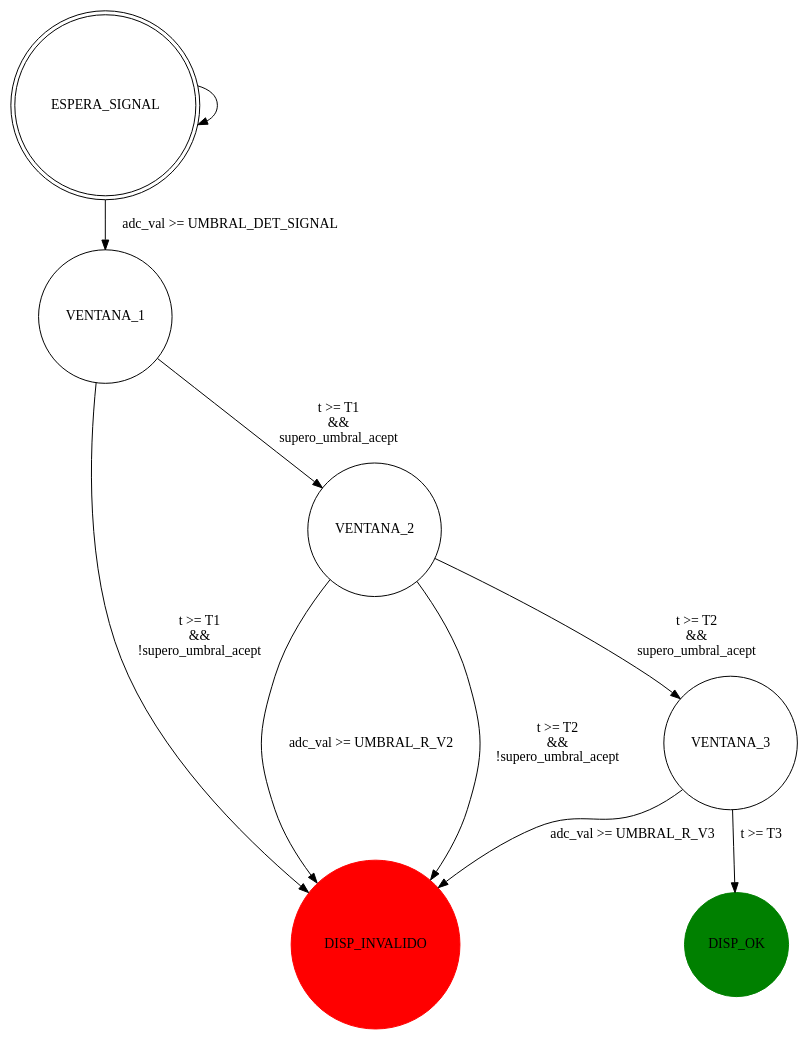
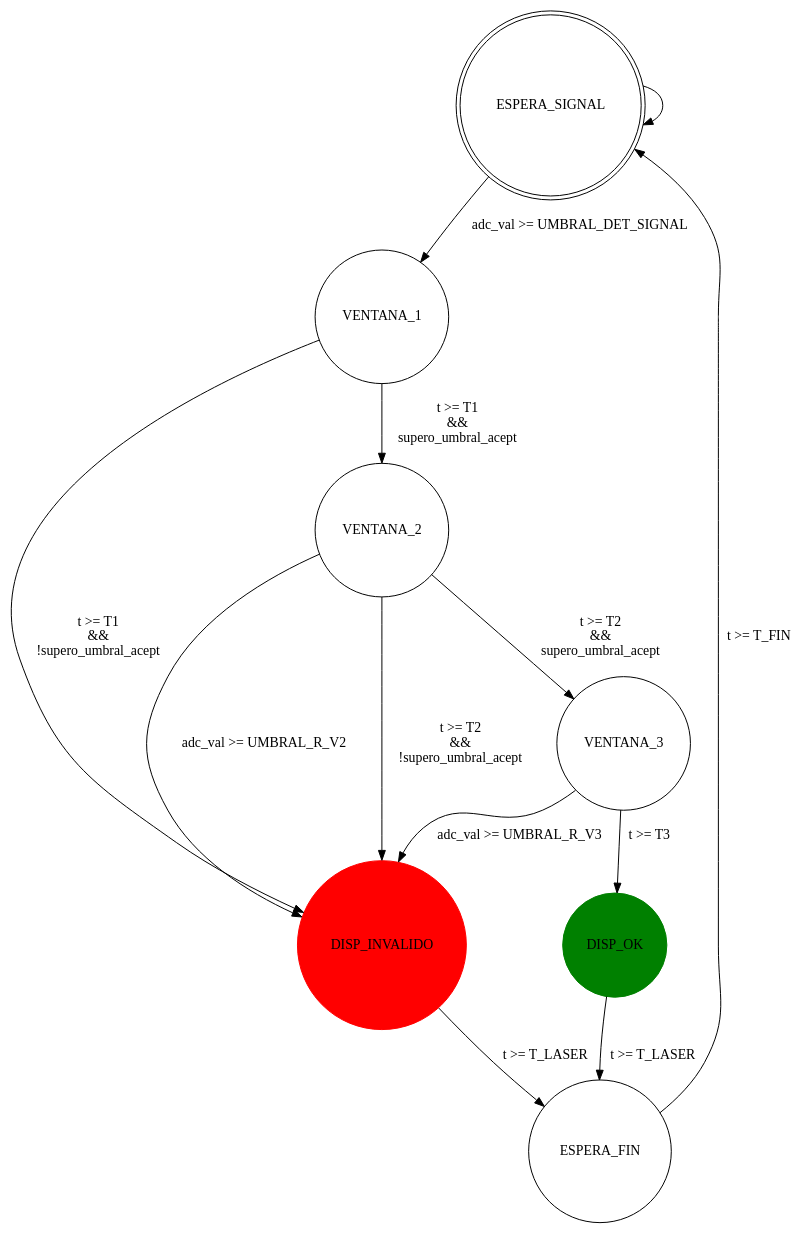
Before and after one commit to harboleas/deteccion_disparo: the diagram in fsm.dot, drawn with Graphviz. The commit also changed 2 other files, not shown here.

Commit message:
add estado ESPERA_FIN

```diff
--- a/fsm.dot
+++ b/fsm.dot
@@ -1,17 +1,20 @@
 digraph FSM
 {
     ESPERA_SIGNAL [shape = doublecircle];
     node [ shape = circle ];
     DISP_OK [ color = green style=filled ];
     DISP_INVALIDO [ color = red style=filled ];
     ESPERA_SIGNAL -> ESPERA_SIGNAL;
     ESPERA_SIGNAL -> VENTANA_1  [ label = "adc_val >= UMBRAL_DET_SIGNAL" ];
     VENTANA_1 -> VENTANA_2 [ label = "t >= T1\n&&\nsupero_umbral_acept" ];
     VENTANA_1 -> DISP_INVALIDO [ label = "t >= T1\n&&\n!supero_umbral_acept" ];
     VENTANA_2 -> DISP_INVALIDO [ label = "adc_val >= UMBRAL_R_V2" ];
     VENTANA_2 -> VENTANA_3 [ label = "t >= T2\n&&\nsupero_umbral_acept" ];
     VENTANA_2 -> DISP_INVALIDO [ label = "t >= T2\n&&\n!supero_umbral_acept" ];
     VENTANA_3 -> DISP_INVALIDO [ label = "adc_val >= UMBRAL_R_V3" ];
     VENTANA_3 -> DISP_OK [ label = "t >= T3" ];
+    DISP_OK -> ESPERA_FIN [ label = "t >= T_LASER" ];
+    DISP_INVALIDO -> ESPERA_FIN [ label = "t >= T_LASER" ];
+    ESPERA_FIN -> ESPERA_SIGNAL [ label = "t >= T_FIN" ];
 
 }
```
